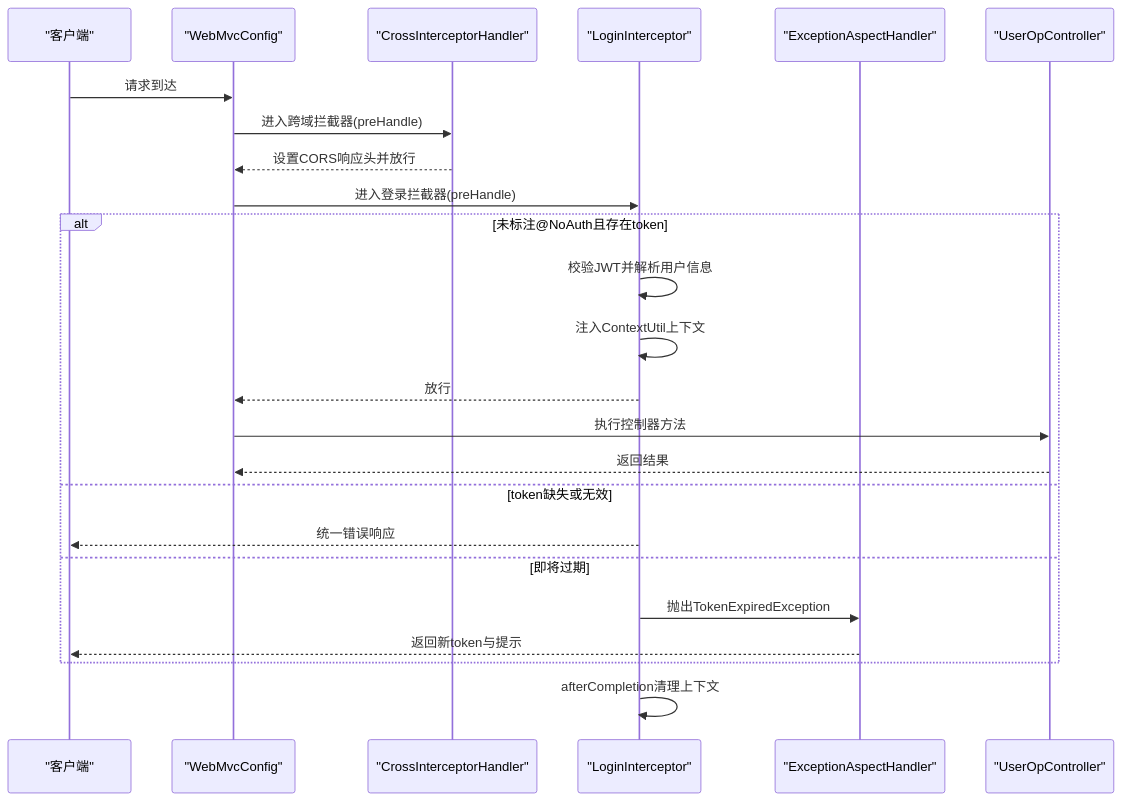
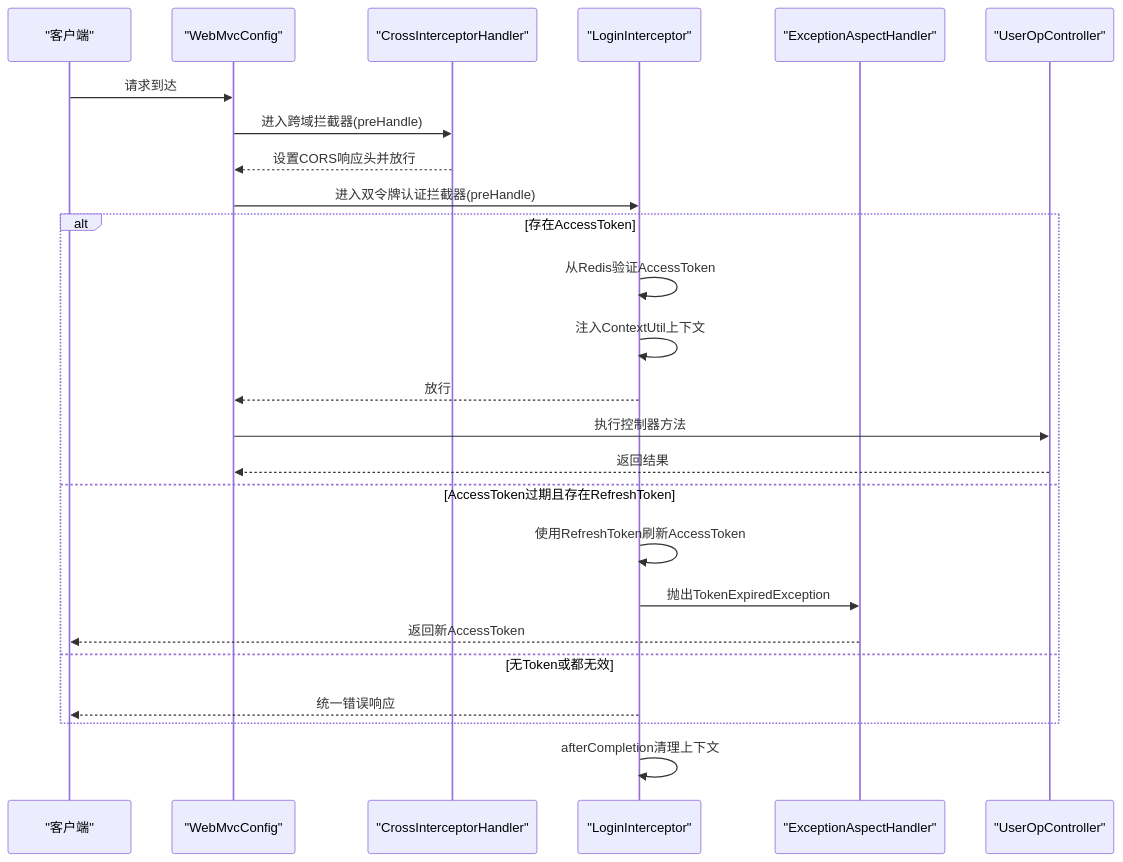
Before and after one commit to liftp/chat_simple: the second of 4 diagrams in .qoder/repowiki/zh/content/配置管理/拦截器配置.md, drawn with Mermaid. The commit also changed other lines of this file and 6 other files, not shown here.

````diff
--- a/.qoder/repowiki/zh/content/配置管理/拦截器配置.md
+++ b/.qoder/repowiki/zh/content/配置管理/拦截器配置.md
@@ -111,26 +118,27 @@
 ```mermaid
 sequenceDiagram
 participant C as "客户端"
 participant W as "WebMvcConfig"
 participant X as "CrossInterceptorHandler"
 participant L as "LoginInterceptor"
 participant E as "ExceptionAspectHandler"
 participant U as "UserOpController"
 C->>W : 请求到达
 W->>X : 进入跨域拦截器(preHandle)
 X-->>W : 设置CORS响应头并放行
-W->>L : 进入登录拦截器(preHandle)
-alt 未标注@NoAuth且存在token
-L->>L : 校验JWT并解析用户信息
+W->>L : 进入双令牌认证拦截器(preHandle)
+alt 存在AccessToken
+L->>L : 从Redis验证AccessToken
 L->>L : 注入ContextUtil上下文
 L-->>W : 放行
 W->>U : 执行控制器方法
 U-->>W : 返回结果
-else token缺失或无效
+else AccessToken过期且存在RefreshToken
+L->>L : 使用RefreshToken刷新AccessToken
+L->>E : 抛出TokenExpiredException
+E-->>C : 返回新AccessToken
+else 无Token或都无效
 L-->>C : 统一错误响应
-else 即将过期
-L->>E : 抛出TokenExpiredException
-E-->>C : 返回新token与提示
 end
 L->>L : afterCompletion清理上下文
 ```
````
